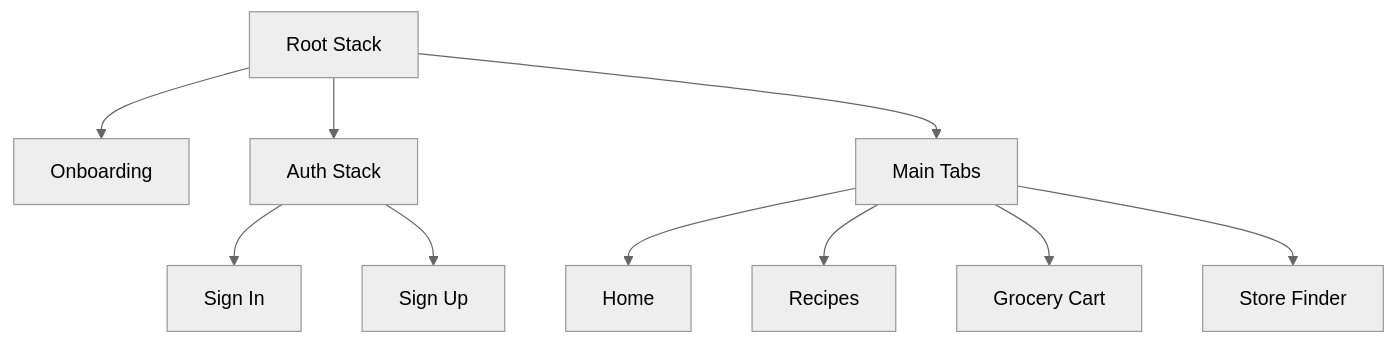
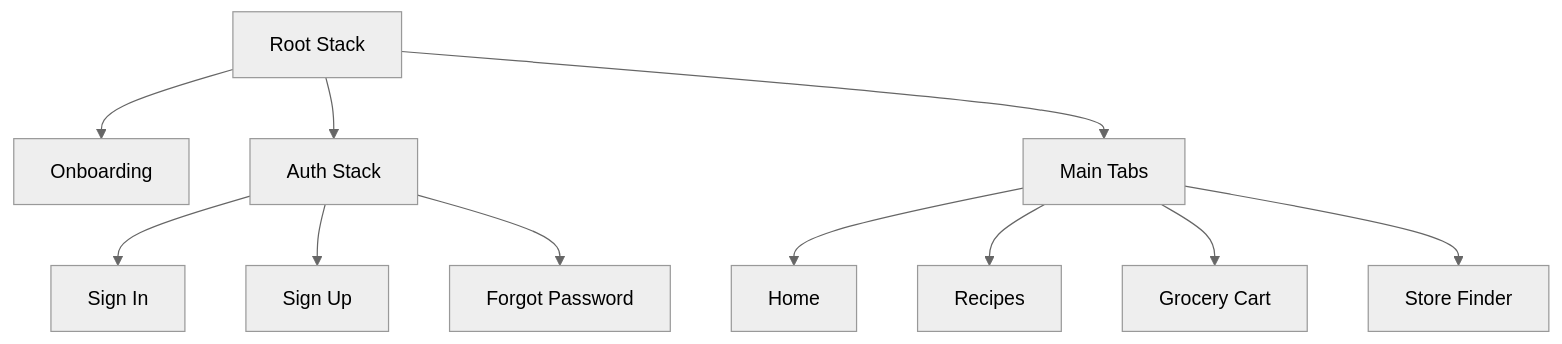
Before and after one commit to KhotsoT/FlavrMap: the first of 3 diagrams in memory-bank/systemPatterns.md, drawn with Mermaid (neutral theme). The commit also changed other lines of this file and 21 other files, not shown here.

````diff
--- a/memory-bank/systemPatterns.md
+++ b/memory-bank/systemPatterns.md
@@ -14,12 +14,13 @@
 ```mermaid
 graph TD
     A[Root Stack] --> B[Onboarding]
     A --> C[Auth Stack]
     A --> D[Main Tabs]
     C --> E[Sign In]
     C --> F[Sign Up]
+    C --> K[Forgot Password]
     D --> G[Home]
     D --> H[Recipes]
     D --> I[Grocery Cart]
     D --> J[Store Finder]
 ```
````
